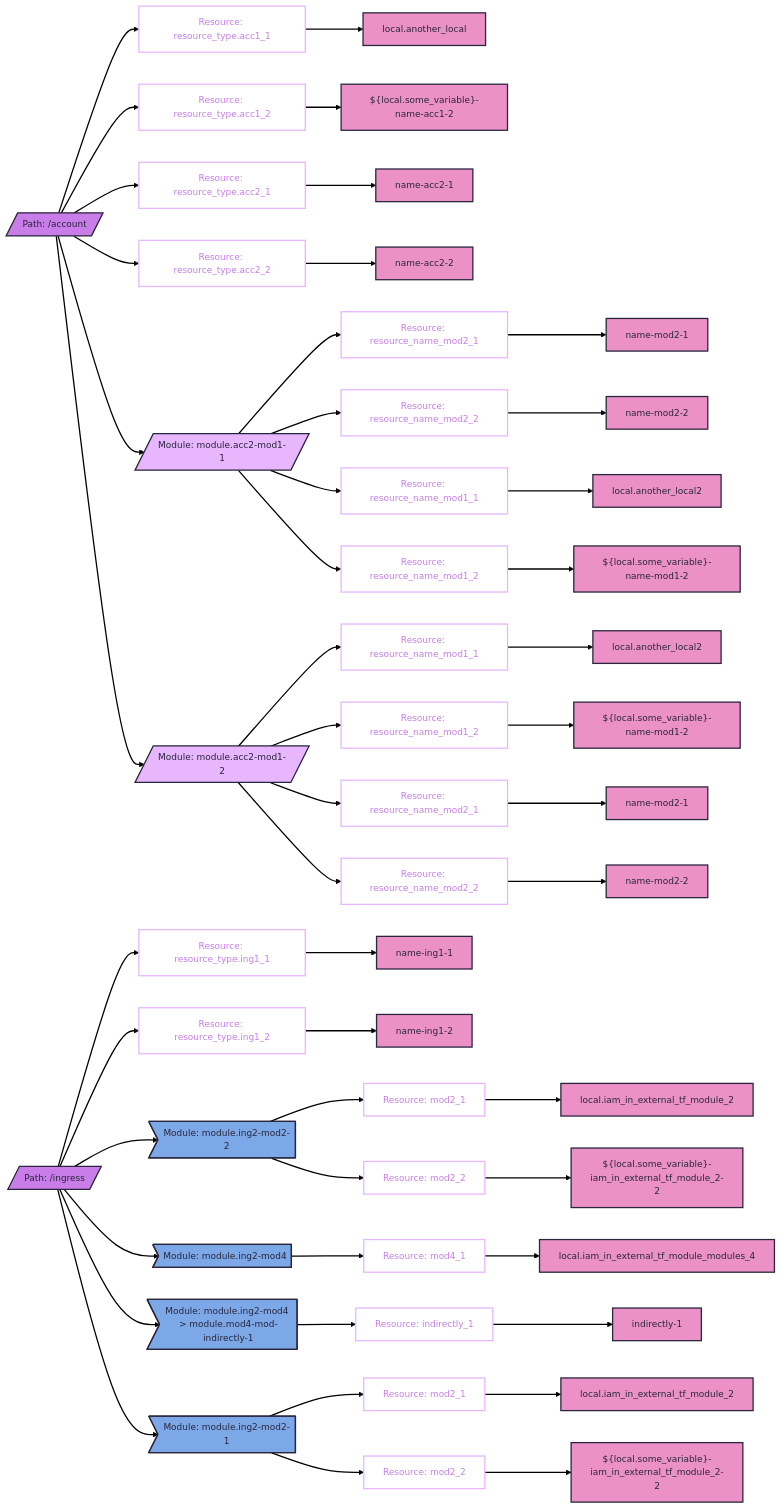
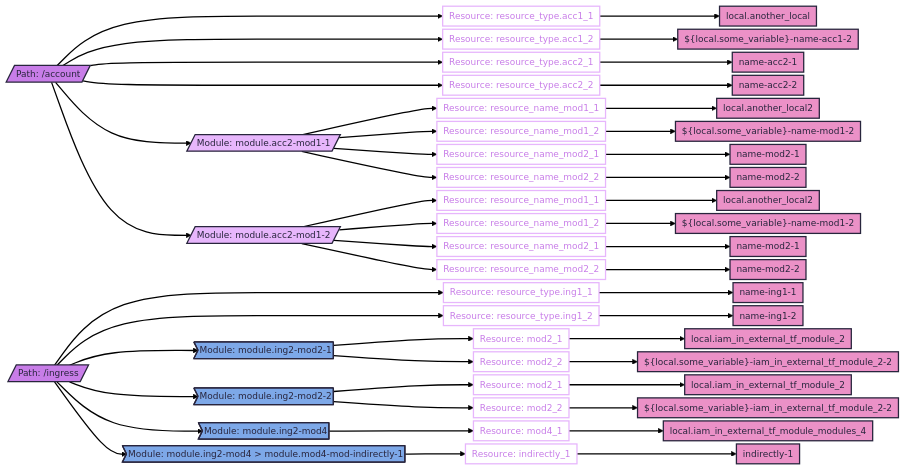
One commit to keenbytes/tfsketch changed the diagram in output.mmd. Above: the diagram before and after it, drawn with Mermaid. The commit also changed 1 other file, not shown here.

Commit message:
Align resources that are not in a module

```diff
--- a/output.mmd
+++ b/output.mmd
@@ -1,36 +1,41 @@
 ---
 config:
   theme: redux
+  flowchart:
+    diagramPadding: 5
+    padding: 5
+    nodeSpacing: 5
+    wrappingWidth: 700
 ---
 flowchart LR
   classDef tf-path fill:#c87de8
   classDef tf-resource-name stroke:#e7b6fc,color:#c87de8
-  classDef tf-resource-name-int-mod fill:#e7b6fc
-  classDef tf-resource-name-ext-mod fill:#7da8e8
+  classDef tf-int-mod fill:#e7b6fc
+  classDef tf-ext-mod fill:#7da8e8
   classDef tf-resource-field-name fill:#eb91c7
-  account[/"Path: /account"/]:::tf-path --> account___acc11["Resource: resource_type.acc1_1"]:::tf-resource-name --> account___acc11___FieldName["local.another_local"]:::tf-resource-field-name
-  account[/"Path: /account"/]:::tf-path --> account___acc12["Resource: resource_type.acc1_2"]:::tf-resource-name --> account___acc12___FieldName["${local.some_variable}-name-acc1-2"]:::tf-resource-field-name
-  account[/"Path: /account"/]:::tf-path --> account___acc21["Resource: resource_type.acc2_1"]:::tf-resource-name --> account___acc21___FieldName["name-acc2-1"]:::tf-resource-field-name
-  account[/"Path: /account"/]:::tf-path --> account___acc22["Resource: resource_type.acc2_2"]:::tf-resource-name --> account___acc22___FieldName["name-acc2-2"]:::tf-resource-field-name
-  account[/"Path: /account"/]:::tf-path --> account___mod___accountmodulesmodule1___acc2mod11[/"Module: module.acc2-mod1-1"/]:::tf-resource-name-int-mod
-  account___mod___accountmodulesmodule1___acc2mod11[/"Module: module.acc2-mod1-1"/]:::tf-resource-name-int-mod --> account___mod___accountmodulesmodule1___acc2mod11___resourcenamemod21["Resource: resource_name_mod2_1"]:::tf-resource-name --> account___mod___accountmodulesmodule1___acc2mod11___resourcenamemod21___FieldName["name-mod2-1"]:::tf-resource-field-name
-  account___mod___accountmodulesmodule1___acc2mod11[/"Module: module.acc2-mod1-1"/]:::tf-resource-name-int-mod --> account___mod___accountmodulesmodule1___acc2mod11___resourcenamemod22["Resource: resource_name_mod2_2"]:::tf-resource-name --> account___mod___accountmodulesmodule1___acc2mod11___resourcenamemod22___FieldName["name-mod2-2"]:::tf-resource-field-name
-  account___mod___accountmodulesmodule1___acc2mod11[/"Module: module.acc2-mod1-1"/]:::tf-resource-name-int-mod --> account___mod___accountmodulesmodule1___acc2mod11___resourcenamemod11["Resource: resource_name_mod1_1"]:::tf-resource-name --> account___mod___accountmodulesmodule1___acc2mod11___resourcenamemod11___FieldName["local.another_local2"]:::tf-resource-field-name
-  account___mod___accountmodulesmodule1___acc2mod11[/"Module: module.acc2-mod1-1"/]:::tf-resource-name-int-mod --> account___mod___accountmodulesmodule1___acc2mod11___resourcenamemod12["Resource: resource_name_mod1_2"]:::tf-resource-name --> account___mod___accountmodulesmodule1___acc2mod11___resourcenamemod12___FieldName["${local.some_variable}-name-mod1-2"]:::tf-resource-field-name
-  account[/"Path: /account"/]:::tf-path --> account___mod___accountmodulesmodule1___acc2mod12[/"Module: module.acc2-mod1-2"/]:::tf-resource-name-int-mod
-  account___mod___accountmodulesmodule1___acc2mod12[/"Module: module.acc2-mod1-2"/]:::tf-resource-name-int-mod --> account___mod___accountmodulesmodule1___acc2mod12___resourcenamemod11["Resource: resource_name_mod1_1"]:::tf-resource-name --> account___mod___accountmodulesmodule1___acc2mod12___resourcenamemod11___FieldName["local.another_local2"]:::tf-resource-field-name
-  account___mod___accountmodulesmodule1___acc2mod12[/"Module: module.acc2-mod1-2"/]:::tf-resource-name-int-mod --> account___mod___accountmodulesmodule1___acc2mod12___resourcenamemod12["Resource: resource_name_mod1_2"]:::tf-resource-name --> account___mod___accountmodulesmodule1___acc2mod12___resourcenamemod12___FieldName["${local.some_variable}-name-mod1-2"]:::tf-resource-field-name
-  account___mod___accountmodulesmodule1___acc2mod12[/"Module: module.acc2-mod1-2"/]:::tf-resource-name-int-mod --> account___mod___accountmodulesmodule1___acc2mod12___resourcenamemod21["Resource: resource_name_mod2_1"]:::tf-resource-name --> account___mod___accountmodulesmodule1___acc2mod12___resourcenamemod21___FieldName["name-mod2-1"]:::tf-resource-field-name
-  account___mod___accountmodulesmodule1___acc2mod12[/"Module: module.acc2-mod1-2"/]:::tf-resource-name-int-mod --> account___mod___accountmodulesmodule1___acc2mod12___resourcenamemod22["Resource: resource_name_mod2_2"]:::tf-resource-name --> account___mod___accountmodulesmodule1___acc2mod12___resourcenamemod22___FieldName["name-mod2-2"]:::tf-resource-field-name
-  ingress[/"Path: /ingress"/]:::tf-path --> ingress___ing11["Resource: resource_type.ing1_1"]:::tf-resource-name --> ingress___ing11___FieldName["name-ing1-1"]:::tf-resource-field-name
-  ingress[/"Path: /ingress"/]:::tf-path --> ingress___ing12["Resource: resource_type.ing1_2"]:::tf-resource-name --> ingress___ing12___FieldName["name-ing1-2"]:::tf-resource-field-name
-  ingress[/"Path: /ingress"/]:::tf-path --> ingress___mod___root___ing2mod22>"Module: module.ing2-mod2-2"]:::tf-resource-name-ext-mod
-  ingress___mod___root___ing2mod22>"Module: module.ing2-mod2-2"]:::tf-resource-name-ext-mod --> ingress___mod___root___ing2mod22___mod21["Resource: mod2_1"]:::tf-resource-name --> ingress___mod___root___ing2mod22___mod21___FieldName["local.iam_in_external_tf_module_2"]:::tf-resource-field-name
-  ingress___mod___root___ing2mod22>"Module: module.ing2-mod2-2"]:::tf-resource-name-ext-mod --> ingress___mod___root___ing2mod22___mod22["Resource: mod2_2"]:::tf-resource-name --> ingress___mod___root___ing2mod22___mod22___FieldName["${local.some_variable}-iam_in_external_tf_module_2-2"]:::tf-resource-field-name
-  ingress[/"Path: /ingress"/]:::tf-path --> ingress___mod___root___ing2mod4>"Module: module.ing2-mod4"]:::tf-resource-name-ext-mod
-  ingress___mod___root___ing2mod4>"Module: module.ing2-mod4"]:::tf-resource-name-ext-mod --> ingress___mod___root___ing2mod4___mod41["Resource: mod4_1"]:::tf-resource-name --> ingress___mod___root___ing2mod4___mod41___FieldName["local.iam_in_external_tf_module_modules_4"]:::tf-resource-field-name
-  ingress[/"Path: /ingress"/]:::tf-path --> ingress___mod___root___ing2mod4___mod4modindirectly1>"Module: module.ing2-mod4 > module.mod4-mod-indirectly-1"]:::tf-resource-name-ext-mod
-  ingress___mod___root___ing2mod4___mod4modindirectly1>"Module: module.ing2-mod4 > module.mod4-mod-indirectly-1"]:::tf-resource-name-ext-mod --> ingress___mod___root___ing2mod4___mod4modindirectly1___indirectly1["Resource: indirectly_1"]:::tf-resource-name --> ingress___mod___root___ing2mod4___mod4modindirectly1___indirectly1___FieldName["indirectly-1"]:::tf-resource-field-name
-  ingress[/"Path: /ingress"/]:::tf-path --> ingress___mod___root___ing2mod21>"Module: module.ing2-mod2-1"]:::tf-resource-name-ext-mod
-  ingress___mod___root___ing2mod21>"Module: module.ing2-mod2-1"]:::tf-resource-name-ext-mod --> ingress___mod___root___ing2mod21___mod21["Resource: mod2_1"]:::tf-resource-name --> ingress___mod___root___ing2mod21___mod21___FieldName["local.iam_in_external_tf_module_2"]:::tf-resource-field-name
-  ingress___mod___root___ing2mod21>"Module: module.ing2-mod2-1"]:::tf-resource-name-ext-mod --> ingress___mod___root___ing2mod21___mod22["Resource: mod2_2"]:::tf-resource-name --> ingress___mod___root___ing2mod21___mod22___FieldName["${local.some_variable}-iam_in_external_tf_module_2-2"]:::tf-resource-field-name
+  account[/"Path: /account"/]:::tf-path ---> account___acc11["Resource: resource_type.acc1_1"]:::tf-resource-name --> account___acc11___FieldName["local.another_local"]:::tf-resource-field-name
+  account[/"Path: /account"/]:::tf-path ---> account___acc12["Resource: resource_type.acc1_2"]:::tf-resource-name --> account___acc12___FieldName["${local.some_variable}-name-acc1-2"]:::tf-resource-field-name
+  account[/"Path: /account"/]:::tf-path ---> account___acc21["Resource: resource_type.acc2_1"]:::tf-resource-name --> account___acc21___FieldName["name-acc2-1"]:::tf-resource-field-name
+  account[/"Path: /account"/]:::tf-path ---> account___acc22["Resource: resource_type.acc2_2"]:::tf-resource-name --> account___acc22___FieldName["name-acc2-2"]:::tf-resource-field-name
+  account[/"Path: /account"/]:::tf-path --> account___mod___accountmodulesmodule1___acc2mod11[/"Module: module.acc2-mod1-1"/]:::tf-int-mod
+  account___mod___accountmodulesmodule1___acc2mod11[/"Module: module.acc2-mod1-1"/]:::tf-int-mod --> account___mod___accountmodulesmodule1___acc2mod11___resourcenamemod11["Resource: resource_name_mod1_1"]:::tf-resource-name --> account___mod___accountmodulesmodule1___acc2mod11___resourcenamemod11___FieldName["local.another_local2"]:::tf-resource-field-name
+  account___mod___accountmodulesmodule1___acc2mod11[/"Module: module.acc2-mod1-1"/]:::tf-int-mod --> account___mod___accountmodulesmodule1___acc2mod11___resourcenamemod12["Resource: resource_name_mod1_2"]:::tf-resource-name --> account___mod___accountmodulesmodule1___acc2mod11___resourcenamemod12___FieldName["${local.some_variable}-name-mod1-2"]:::tf-resource-field-name
+  account___mod___accountmodulesmodule1___acc2mod11[/"Module: module.acc2-mod1-1"/]:::tf-int-mod --> account___mod___accountmodulesmodule1___acc2mod11___resourcenamemod21["Resource: resource_name_mod2_1"]:::tf-resource-name --> account___mod___accountmodulesmodule1___acc2mod11___resourcenamemod21___FieldName["name-mod2-1"]:::tf-resource-field-name
+  account___mod___accountmodulesmodule1___acc2mod11[/"Module: module.acc2-mod1-1"/]:::tf-int-mod --> account___mod___accountmodulesmodule1___acc2mod11___resourcenamemod22["Resource: resource_name_mod2_2"]:::tf-resource-name --> account___mod___accountmodulesmodule1___acc2mod11___resourcenamemod22___FieldName["name-mod2-2"]:::tf-resource-field-name
+  account[/"Path: /account"/]:::tf-path --> account___mod___accountmodulesmodule1___acc2mod12[/"Module: module.acc2-mod1-2"/]:::tf-int-mod
+  account___mod___accountmodulesmodule1___acc2mod12[/"Module: module.acc2-mod1-2"/]:::tf-int-mod --> account___mod___accountmodulesmodule1___acc2mod12___resourcenamemod11["Resource: resource_name_mod1_1"]:::tf-resource-name --> account___mod___accountmodulesmodule1___acc2mod12___resourcenamemod11___FieldName["local.another_local2"]:::tf-resource-field-name
+  account___mod___accountmodulesmodule1___acc2mod12[/"Module: module.acc2-mod1-2"/]:::tf-int-mod --> account___mod___accountmodulesmodule1___acc2mod12___resourcenamemod12["Resource: resource_name_mod1_2"]:::tf-resource-name --> account___mod___accountmodulesmodule1___acc2mod12___resourcenamemod12___FieldName["${local.some_variable}-name-mod1-2"]:::tf-resource-field-name
+  account___mod___accountmodulesmodule1___acc2mod12[/"Module: module.acc2-mod1-2"/]:::tf-int-mod --> account___mod___accountmodulesmodule1___acc2mod12___resourcenamemod21["Resource: resource_name_mod2_1"]:::tf-resource-name --> account___mod___accountmodulesmodule1___acc2mod12___resourcenamemod21___FieldName["name-mod2-1"]:::tf-resource-field-name
+  account___mod___accountmodulesmodule1___acc2mod12[/"Module: module.acc2-mod1-2"/]:::tf-int-mod --> account___mod___accountmodulesmodule1___acc2mod12___resourcenamemod22["Resource: resource_name_mod2_2"]:::tf-resource-name --> account___mod___accountmodulesmodule1___acc2mod12___resourcenamemod22___FieldName["name-mod2-2"]:::tf-resource-field-name
+  ingress[/"Path: /ingress"/]:::tf-path ---> ingress___ing11["Resource: resource_type.ing1_1"]:::tf-resource-name --> ingress___ing11___FieldName["name-ing1-1"]:::tf-resource-field-name
+  ingress[/"Path: /ingress"/]:::tf-path ---> ingress___ing12["Resource: resource_type.ing1_2"]:::tf-resource-name --> ingress___ing12___FieldName["name-ing1-2"]:::tf-resource-field-name
+  ingress[/"Path: /ingress"/]:::tf-path --> ingress___mod___root___ing2mod21>"Module: module.ing2-mod2-1"]:::tf-ext-mod
+  ingress___mod___root___ing2mod21>"Module: module.ing2-mod2-1"]:::tf-ext-mod --> ingress___mod___root___ing2mod21___mod21["Resource: mod2_1"]:::tf-resource-name --> ingress___mod___root___ing2mod21___mod21___FieldName["local.iam_in_external_tf_module_2"]:::tf-resource-field-name
+  ingress___mod___root___ing2mod21>"Module: module.ing2-mod2-1"]:::tf-ext-mod --> ingress___mod___root___ing2mod21___mod22["Resource: mod2_2"]:::tf-resource-name --> ingress___mod___root___ing2mod21___mod22___FieldName["${local.some_variable}-iam_in_external_tf_module_2-2"]:::tf-resource-field-name
+  ingress[/"Path: /ingress"/]:::tf-path --> ingress___mod___root___ing2mod22>"Module: module.ing2-mod2-2"]:::tf-ext-mod
+  ingress___mod___root___ing2mod22>"Module: module.ing2-mod2-2"]:::tf-ext-mod --> ingress___mod___root___ing2mod22___mod21["Resource: mod2_1"]:::tf-resource-name --> ingress___mod___root___ing2mod22___mod21___FieldName["local.iam_in_external_tf_module_2"]:::tf-resource-field-name
+  ingress___mod___root___ing2mod22>"Module: module.ing2-mod2-2"]:::tf-ext-mod --> ingress___mod___root___ing2mod22___mod22["Resource: mod2_2"]:::tf-resource-name --> ingress___mod___root___ing2mod22___mod22___FieldName["${local.some_variable}-iam_in_external_tf_module_2-2"]:::tf-resource-field-name
+  ingress[/"Path: /ingress"/]:::tf-path --> ingress___mod___root___ing2mod4>"Module: module.ing2-mod4"]:::tf-ext-mod
+  ingress___mod___root___ing2mod4>"Module: module.ing2-mod4"]:::tf-ext-mod --> ingress___mod___root___ing2mod4___mod41["Resource: mod4_1"]:::tf-resource-name --> ingress___mod___root___ing2mod4___mod41___FieldName["local.iam_in_external_tf_module_modules_4"]:::tf-resource-field-name
+  ingress[/"Path: /ingress"/]:::tf-path --> ingress___mod___root___ing2mod4___mod4modindirectly1>"Module: module.ing2-mod4 > module.mod4-mod-indirectly-1"]:::tf-ext-mod
+  ingress___mod___root___ing2mod4___mod4modindirectly1>"Module: module.ing2-mod4 > module.mod4-mod-indirectly-1"]:::tf-ext-mod --> ingress___mod___root___ing2mod4___mod4modindirectly1___indirectly1["Resource: indirectly_1"]:::tf-resource-name --> ingress___mod___root___ing2mod4___mod4modindirectly1___indirectly1___FieldName["indirectly-1"]:::tf-resource-field-name
```
